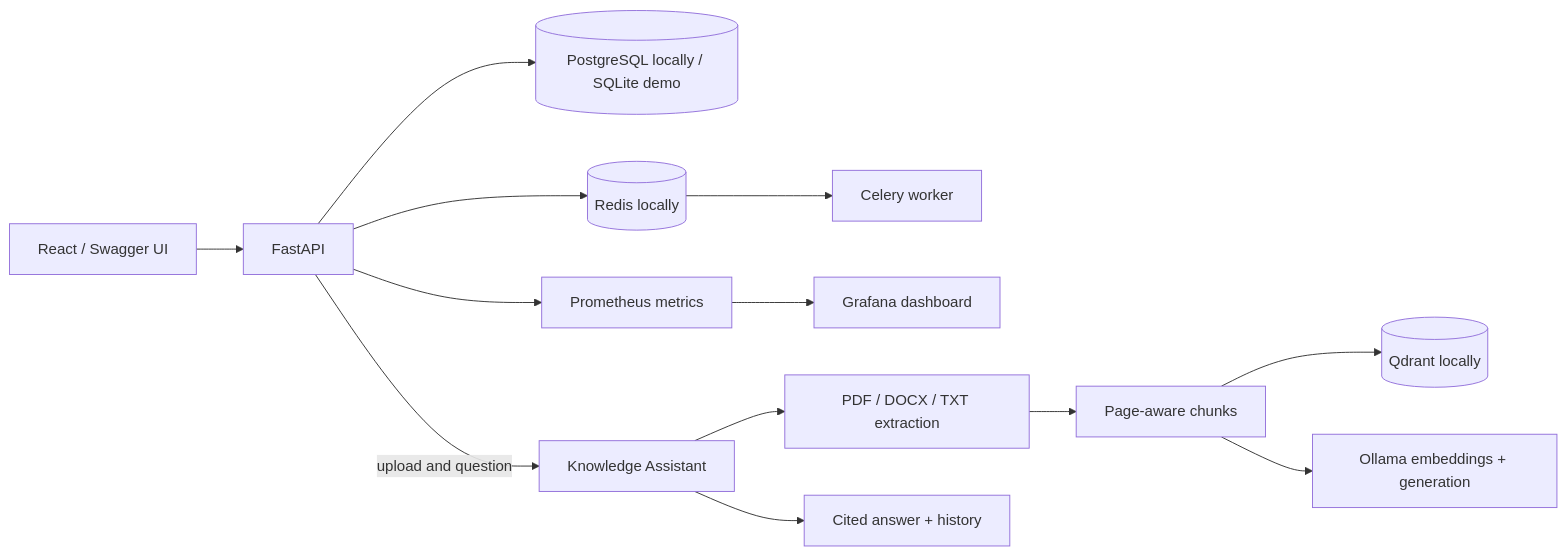
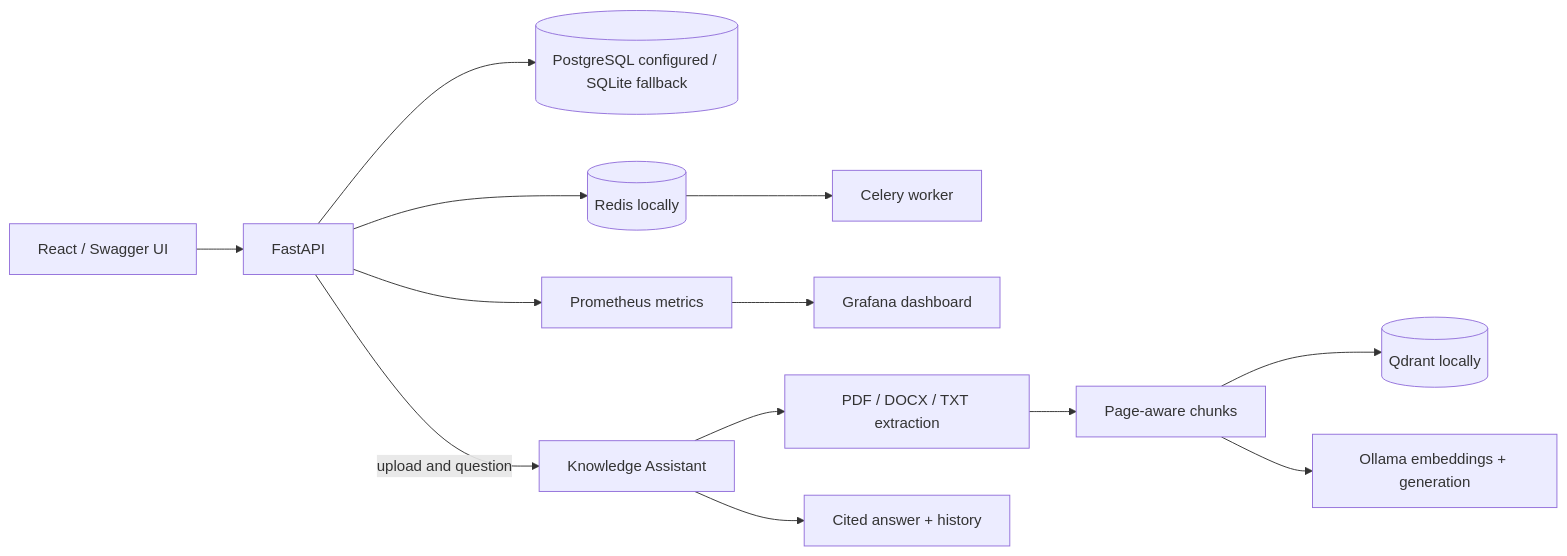
The diagram in README.md (leonidchekin55/developer-portfolio-python-ai), drawn with Mermaid before and after one commit. The commit also changed other lines of this file and 3 other files, not shown here.

Commit message:
Clarify hosted demo persistence and architecture

````diff
--- a/README.md
+++ b/README.md
@@ -47,15 +47,15 @@
 ```mermaid
 flowchart LR
   Browser[React / Swagger UI] --> API[FastAPI]
-  API --> DB[(PostgreSQL locally / SQLite demo)]
+  API --> DB[(PostgreSQL configured / SQLite fallback)]
   API --> Redis[(Redis locally)]
   Redis --> Worker[Celery worker]
   API --> Metrics[Prometheus metrics]
   Metrics --> Grafana[Grafana dashboard]
   API -->|upload and question| RAG[Knowledge Assistant]
   RAG --> Extract[PDF / DOCX / TXT extraction]
   Extract --> Chunks[Page-aware chunks]
   Chunks --> Qdrant[(Qdrant locally)]
   Chunks --> Ollama[Ollama embeddings + generation]
   RAG --> Sources[Cited answer + history]
 ```
````
